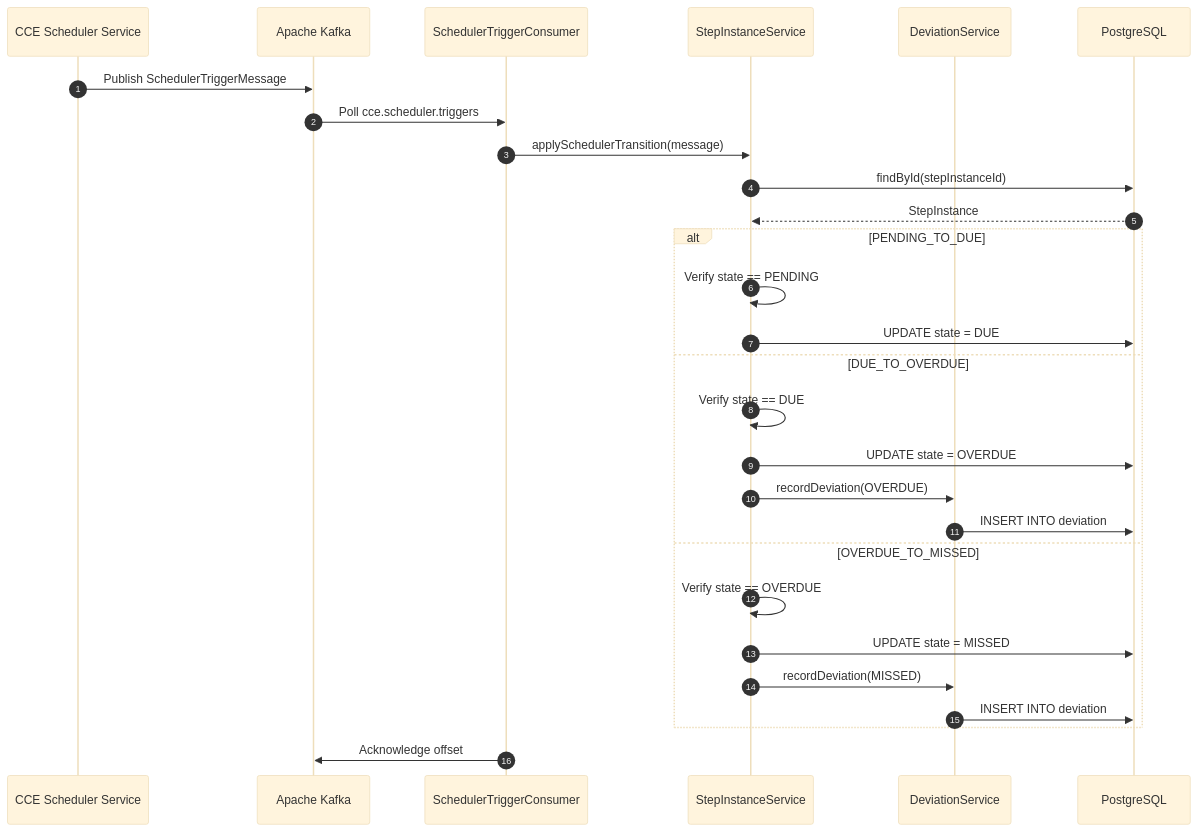
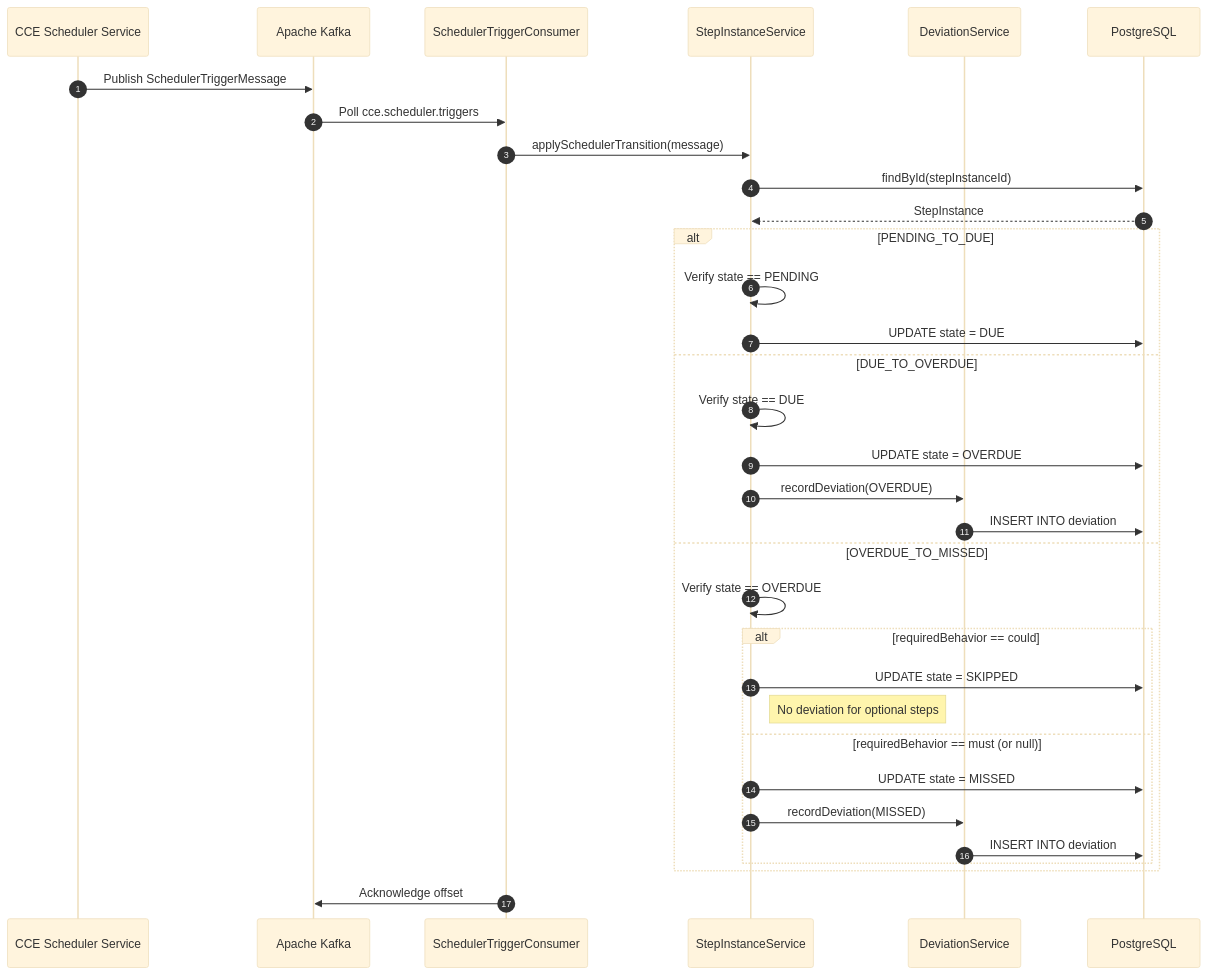
One commit to Jayaprakash8887/cce-compliance-service changed the third of 7 diagrams in docs/flow-diagrams.md. Above: the diagram before and after it, drawn with Mermaid (base theme). The commit also changed 11 other files, not shown here.

````diff
--- a/docs/flow-diagrams.md
+++ b/docs/flow-diagrams.md
@@ -173,34 +173,39 @@
 ```mermaid
 sequenceDiagram
     autonumber
     participant Scheduler as CCE Scheduler Service
     participant Kafka as Apache Kafka
     participant Consumer as SchedulerTriggerConsumer
     participant StepSvc as StepInstanceService
     participant DevSvc as DeviationService
     participant DB as PostgreSQL
 
     Scheduler->>Kafka: Publish SchedulerTriggerMessage
     Kafka->>Consumer: Poll cce.scheduler.triggers
     Consumer->>StepSvc: applySchedulerTransition(message)
 
     StepSvc->>DB: findById(stepInstanceId)
     DB-->>StepSvc: StepInstance
 
     alt PENDING_TO_DUE
         StepSvc->>StepSvc: Verify state == PENDING
         StepSvc->>DB: UPDATE state = DUE
     else DUE_TO_OVERDUE
         StepSvc->>StepSvc: Verify state == DUE
         StepSvc->>DB: UPDATE state = OVERDUE
         StepSvc->>DevSvc: recordDeviation(OVERDUE)
         DevSvc->>DB: INSERT INTO deviation
     else OVERDUE_TO_MISSED
         StepSvc->>StepSvc: Verify state == OVERDUE
-        StepSvc->>DB: UPDATE state = MISSED
-        StepSvc->>DevSvc: recordDeviation(MISSED)
-        DevSvc->>DB: INSERT INTO deviation
+        alt requiredBehavior == could
+            StepSvc->>DB: UPDATE state = SKIPPED
+            Note right of StepSvc: No deviation for optional steps
+        else requiredBehavior == must (or null)
+            StepSvc->>DB: UPDATE state = MISSED
+            StepSvc->>DevSvc: recordDeviation(MISSED)
+            DevSvc->>DB: INSERT INTO deviation
+        end
     end
 
     Consumer->>Kafka: Acknowledge offset
 ```
````
